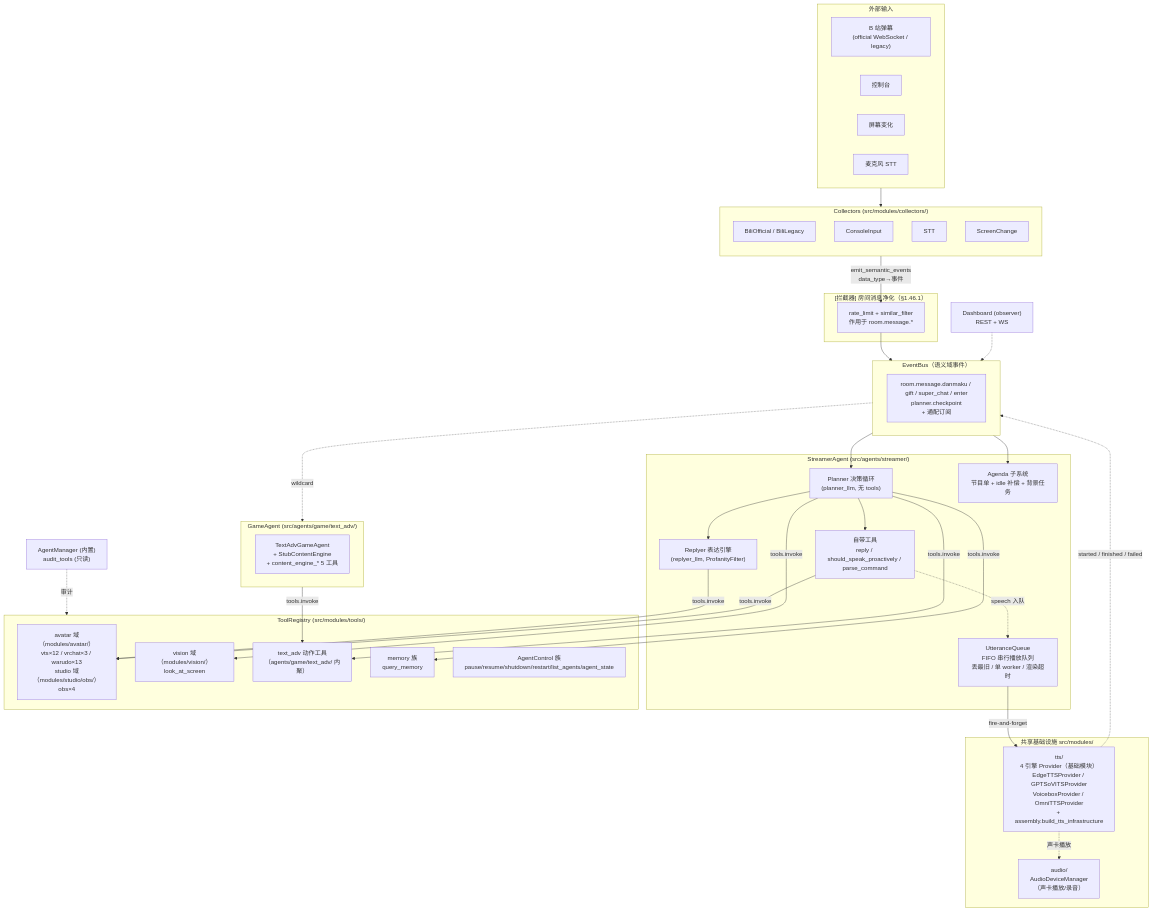
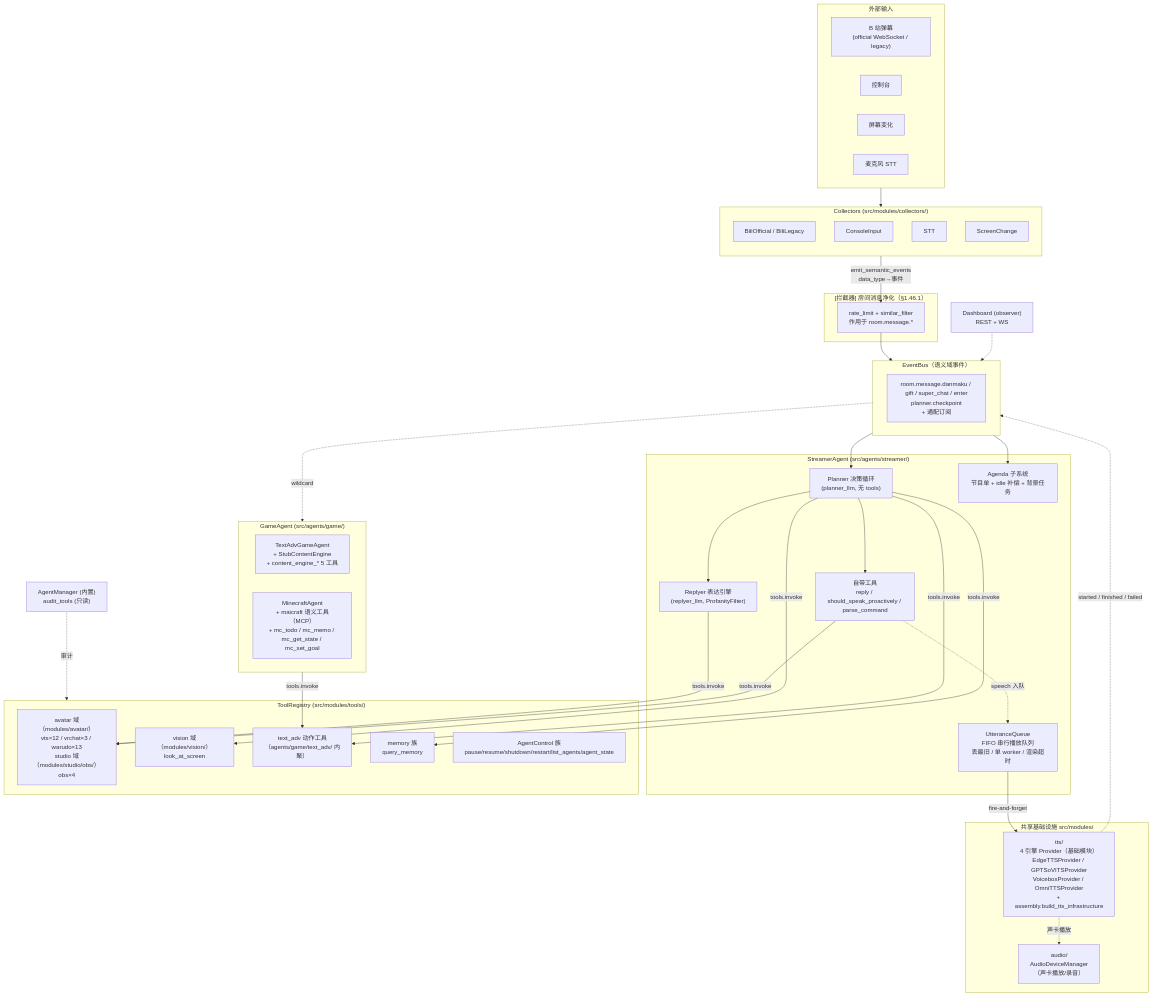
Before and after one commit to Mai-with-u/Amaidesu: the first of 3 diagrams in docs/architecture/overview.md, drawn with Mermaid. The commit also changed other lines of this file and 11 other files, not shown here.

First line of the commit message:
feat(agent): 新增 MinecraftAgent（AI 玩家）——maicraft MCP 语义工具 + 决策循环

````diff
--- a/docs/architecture/overview.md
+++ b/docs/architecture/overview.md
@@ -11,71 +11,72 @@
 ```mermaid
 flowchart TB
     subgraph Ext["外部输入"]
         Bili["B 站弹幕<br/>(official WebSocket / legacy)"]
         Cons["控制台"]
         Screen["屏幕变化"]
         Mic["麦克风 STT"]
     end
 
     subgraph Collectors["Collectors (src/modules/collectors/)"]
         direction TB
         CBili["BiliOfficial / BiliLegacy"]
         CCons["ConsoleInput"]
         CMic["STT"]
         CScreen["ScreenChange"]
     end
 
     subgraph Interceptors["[拦截器] 房间消息净化（§1.46.1）"]
         INT["rate_limit + similar_filter<br/>作用于 room.message.*"]
     end
 
     subgraph Bus["EventBus（语义域事件）"]
         EB["room.message.danmaku / gift / super_chat / enter<br/>planner.checkpoint<br/>+ 通配订阅"]
     end
 
     subgraph Streamer["StreamerAgent (src/agents/streamer/)"]
         Planner["Planner 决策循环<br/>(planner_llm, 无 tools)"]
         Reply["Replyer 表达引擎<br/>(replyer_llm, ProfanityFilter)"]
         Agenda["Agenda 子系统<br/>节目单 + idle 补偿 + 背景任务"]
         Tools["自带工具<br/>reply / should_speak_proactively / parse_command"]
         UQ["UtteranceQueue<br/>FIFO 串行播放队列<br/>丢最旧 / 单 worker / 渲染超时"]
     end
 
-    subgraph Game["GameAgent (src/agents/game/text_adv/)"]
+    subgraph Game["GameAgent (src/agents/game/)"]
         TextAdv["TextAdvGameAgent<br/>+ StubContentEngine<br/>+ content_engine_* 5 工具"]
+        MC["MinecraftAgent<br/>+ maicraft 语义工具（MCP）<br/>+ mc_todo / mc_memo / mc_get_state / mc_set_goal"]
     end
 
     subgraph Registry["ToolRegistry (src/modules/tools/)"]
         Out["avatar 域（modules/avatar/）<br/>vts×12 / vrchat×3 / warudo×13<br/>studio 域（modules/studio/obs/）obs×4"]
         Per["vision 域（modules/vision/）<br/>look_at_screen"]
         CE["text_adv 动作工具<br/>（agents/game/text_adv/ 内聚）"]
         Mem["memory 族<br/>query_memory"]
         Ctrl["AgentControl 族<br/>pause/resume/shutdown/restart/list_agents/agent_state"]
     end
 
     subgraph InFra["共享基础设施 src/modules/"]
         TTS["tts/<br/>4 引擎 Provider（基础模块）<br/>EdgeTTSProvider / GPTSoVITSProvider<br/>VoiceboxProvider / OmniTTSProvider<br/>+ assembly.build_tts_infrastructure"]
         Audio["audio/<br/>AudioDeviceManager<br/>（声卡播放/录音）"]
     end
 
     Ext --> Collectors
     Collectors -->|"emit_semantic_events<br/>data_type→事件"| INT
     INT --> Bus
     Bus --> Planner
     Bus --> Agenda
     Planner --> Reply
     Planner --> Tools
     Reply -->|tools.invoke| Out
     Tools -->|tools.invoke| Out
     Planner -->|tools.invoke| CE
     Planner -->|tools.invoke| Per
     Planner -->|tools.invoke| Mem
     Bus -.->|wildcard| Game
     Game -->|tools.invoke| CE
     Tools -.->|speech 入队| UQ
     UQ -->|fire-and-forget| TTS
     TTS -.->|started / finished / failed| Bus
     TTS -.->|声卡播放| Audio
     Manager["AgentManager (内置)<br/>audit_tools (只读)"] -.->|审计| Registry
     Dashboard["Dashboard (observer)<br/>REST + WS"] -.-> Bus
 ```
````
